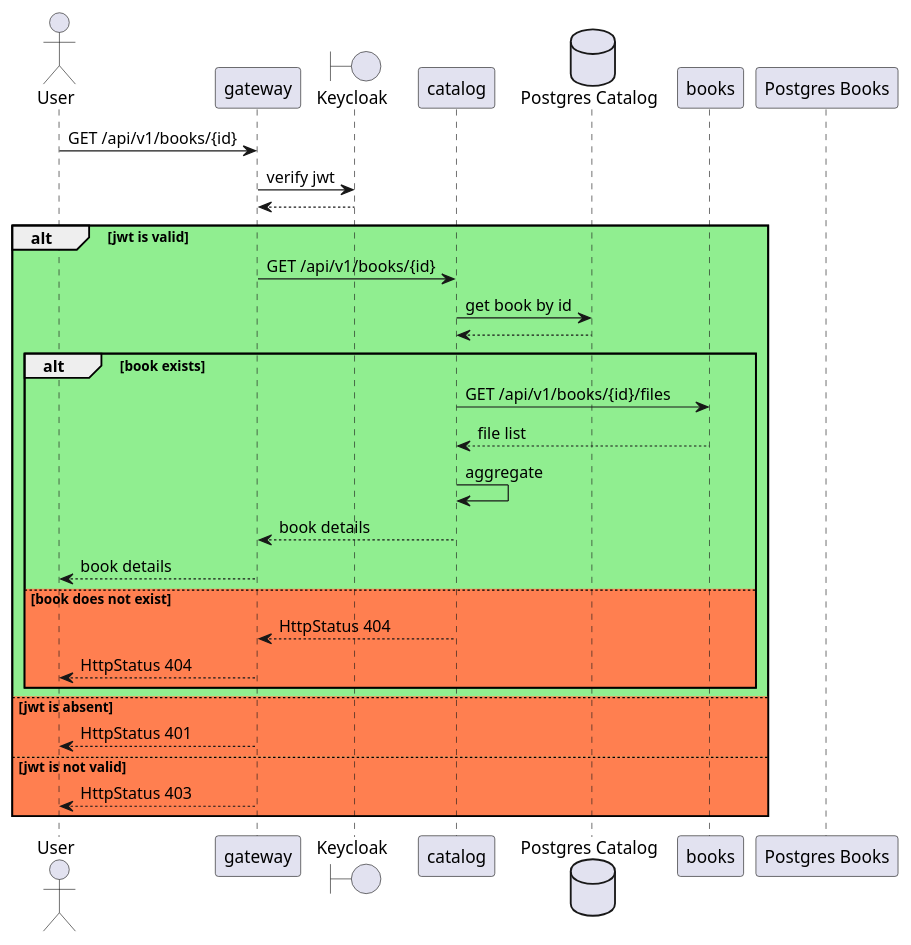
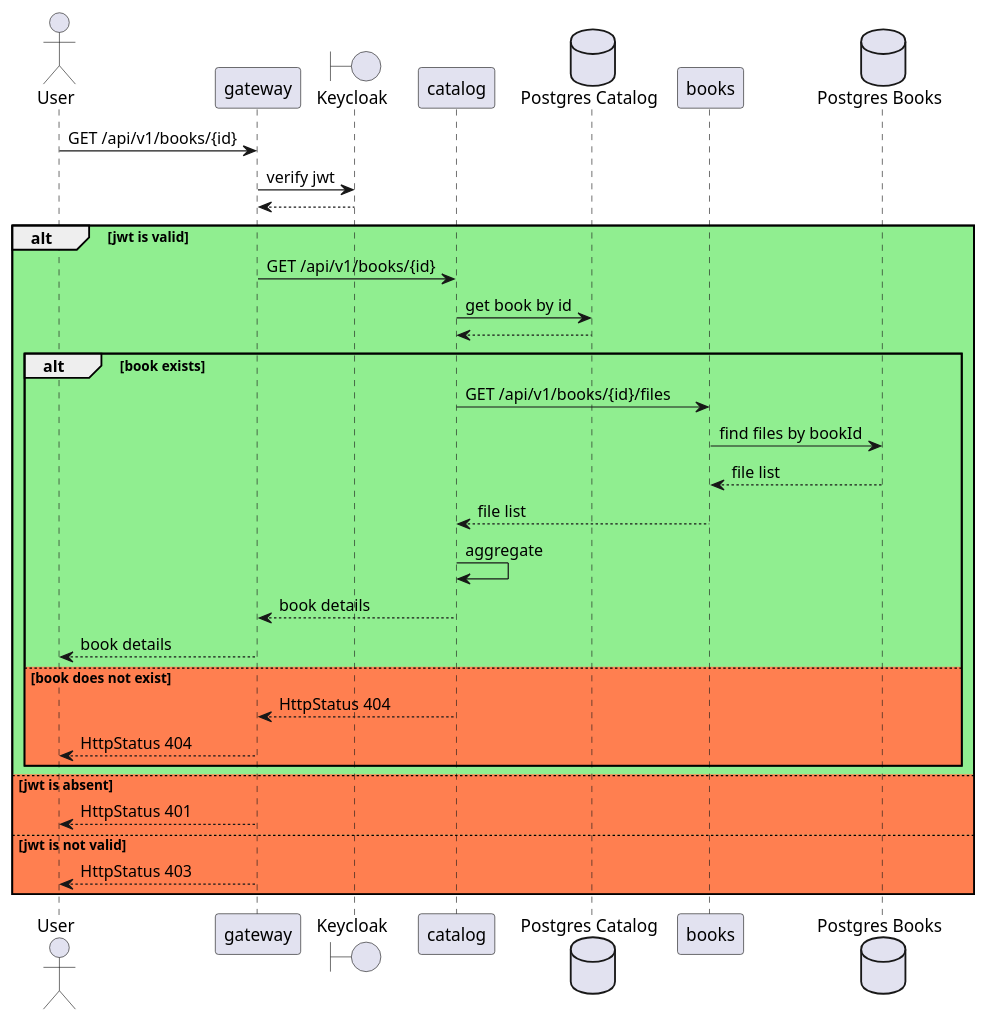
One commit to dalayLama/otus-microservice-2024-08 changed the diagram in hw-01/use-cases/get-book-details/get-book-details.puml. Above: the diagram before and after it, drawn with PlantUML. The commit also changed 19 other files, not shown here.

```diff
--- a/hw-01/use-cases/get-book-details/get-book-details.puml
+++ b/hw-01/use-cases/get-book-details/get-book-details.puml
@@ -1,34 +1,36 @@
 @startuml
 
 actor "User" as user
 participant "gateway" as gw
 boundary "Keycloak" as kk
 participant "catalog" as catalog
 database "Postgres Catalog" as pg_cat
 participant "books" as books
-participant "Postgres Books" as pg_book
+database "Postgres Books" as pg_book
 
 user -> gw: GET /api/v1/books/{id}
 gw -> kk: verify jwt
 kk --> gw
 alt #lightgreen jwt is valid
     gw -> catalog: GET /api/v1/books/{id}
     catalog -> pg_cat: get book by id
     pg_cat --> catalog
     alt #lightgreen book exists
         catalog -> books: GET /api/v1/books/{id}/files
+        books -> pg_book: find files by bookId
+        pg_book --> books: file list
         books --> catalog: file list
         catalog -> catalog: aggregate
         catalog --> gw: book details
         gw --> user: book details
     else #coral book does not exist
         catalog --> gw: HttpStatus 404
         gw --> user: HttpStatus 404
     end
 else #coral jwt is absent
     gw --> user: HttpStatus 401
 else #coral jwt is not valid
     gw --> user: HttpStatus 403
 end
 
 @enduml
```
